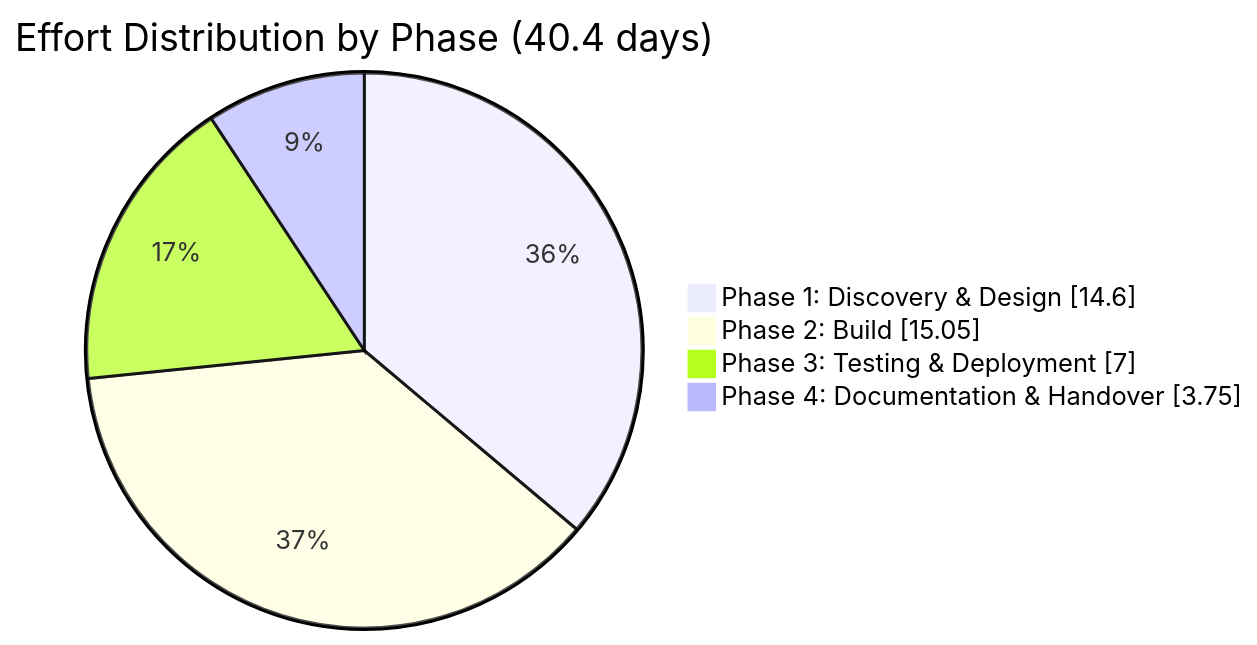
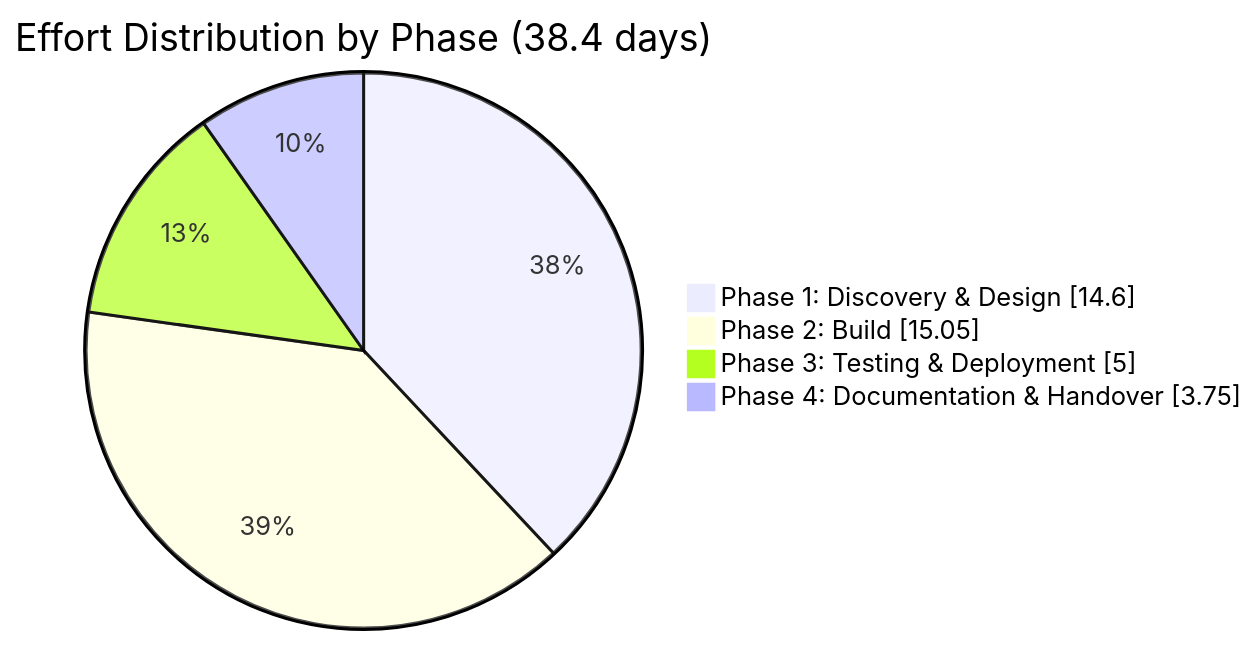
One commit to sfc-gh-mhindi/REPO_CANVA changed the second of 2 diagrams in 4-DataPipelinePrioritisation/InternalSoWs/SoWs/Marketing_Domain_Scope_of_Work_INTERNAL.md. Above: the diagram before and after it, drawn with Mermaid. The commit also changed other lines of this file and 3 other files, not shown here.

First line of the commit message:
Update timelines and resource requirements to match new estimates

````diff
--- a/4-DataPipelinePrioritisation/InternalSoWs/SoWs/Marketing_Domain_Scope_of_Work_INTERNAL.md
+++ b/4-DataPipelinePrioritisation/InternalSoWs/SoWs/Marketing_Domain_Scope_of_Work_INTERNAL.md
@@ -526,8 +526,8 @@
 ```mermaid
 pie showData
-    title Effort Distribution by Phase (40.4 days)
+    title Effort Distribution by Phase (38.4 days)
     "Phase 1: Discovery & Design" : 14.6
     "Phase 2: Build" : 15.05
-    "Phase 3: Testing & Deployment" : 7.0
+    "Phase 3: Testing & Deployment" : 5.0
     "Phase 4: Documentation & Handover" : 3.75
 ```
````
